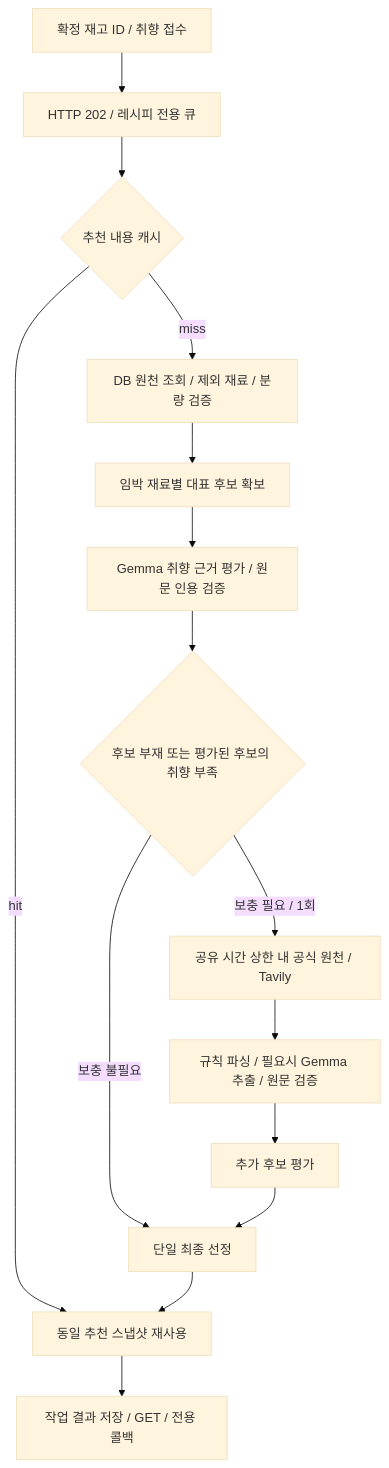
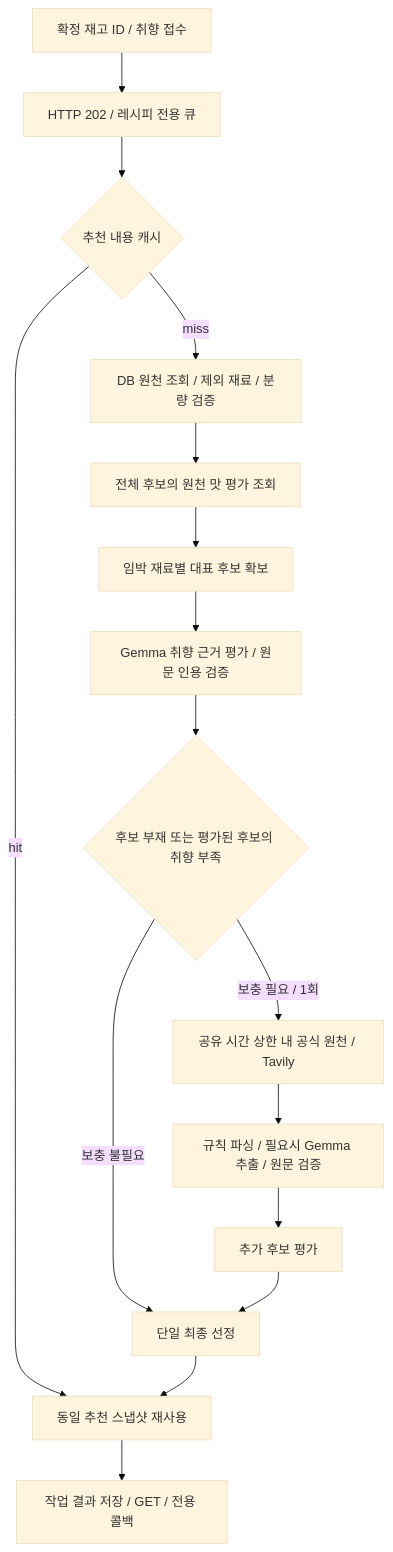
Before and after one commit to 100-hours-a-week/KTB4-5th-AI: the diagram in fastapi/docs/recipe_ai_recommendations.md, drawn with Mermaid (base theme). The commit also changed other lines of this file and 26 other files, not shown here.

````diff
--- a/fastapi/docs/recipe_ai_recommendations.md
+++ b/fastapi/docs/recipe_ai_recommendations.md
@@ -7,17 +7,18 @@
 ```mermaid
 flowchart TD
     POST[확정 재고 ID / 취향 접수] --> JOB[HTTP 202 / 레시피 전용 큐]
     JOB --> CACHE{추천 내용 캐시}
     CACHE -->|miss| DB[DB 원천 조회 / 제외 재료 / 분량 검증]
-    DB --> POOL[임박 재료별 대표 후보 확보]
+    DB --> TASTE[전체 후보의 원천 맛 평가 조회]
+    TASTE --> POOL[임박 재료별 대표 후보 확보]
     POOL --> EVAL[Gemma 취향 근거 평가 / 원문 인용 검증]
     EVAL --> NEED{후보 부재 또는 평가된 후보의 취향 부족}
     NEED -->|보충 필요 / 1회| SUPPLY[공유 시간 상한 내 공식 원천 / Tavily]
     SUPPLY --> PARSE[규칙 파싱 / 필요시 Gemma 추출 / 원문 검증]
     PARSE --> EVAL2[추가 후보 평가]
     NEED -->|보충 불필요| SELECT[단일 최종 선정]
     EVAL2 --> SELECT
     CACHE -->|hit| RESULT[동일 추천 스냅샷 재사용]
     SELECT --> RESULT
     RESULT --> SAVE[작업 결과 저장 / GET / 전용 콜백]
 ```
````
